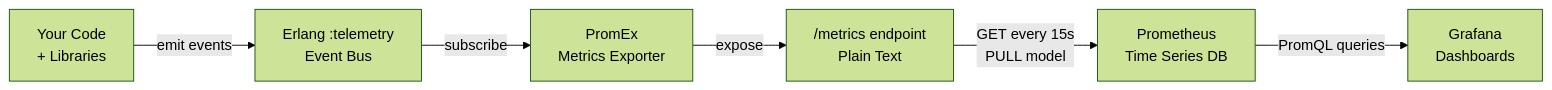
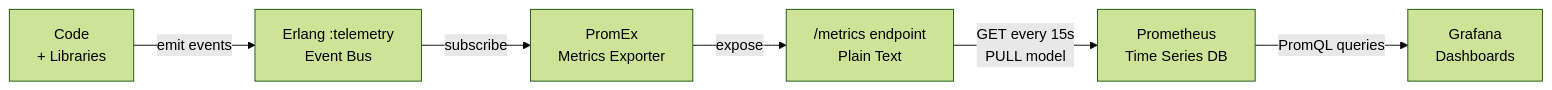
One commit to dwyl/learn-elixir-microservices-with-opentelemetry changed the ninth of 9 diagrams in README.md. Above: the diagram before and after it, drawn with Mermaid (forest theme). The commit also changed other lines of this file, not shown here.

Commit message:
chore: review README

````diff
--- a/README.md
+++ b/README.md
@@ -799,15 +799,15 @@
 ```mermaid
 flowchart LR
-    Code[Your Code<br>+ Libraries]
+    Code[Code<br>+ Libraries]
     Telemetry[Erlang :telemetry<br>Event Bus]
     PromEx[PromEx<br>Metrics Exporter]
     Endpoint["/metrics" endpoint<br>Plain Text]
     Prometheus[Prometheus<br>Time Series DB]
     Grafana[Grafana<br>Dashboards]
 
     Code -->|emit events| Telemetry
     Telemetry -->|subscribe| PromEx
     PromEx -->|expose| Endpoint
     Endpoint -->|GET every 15s<br>PULL model| Prometheus
     Prometheus -->|PromQL queries| Grafana
 ```
````
